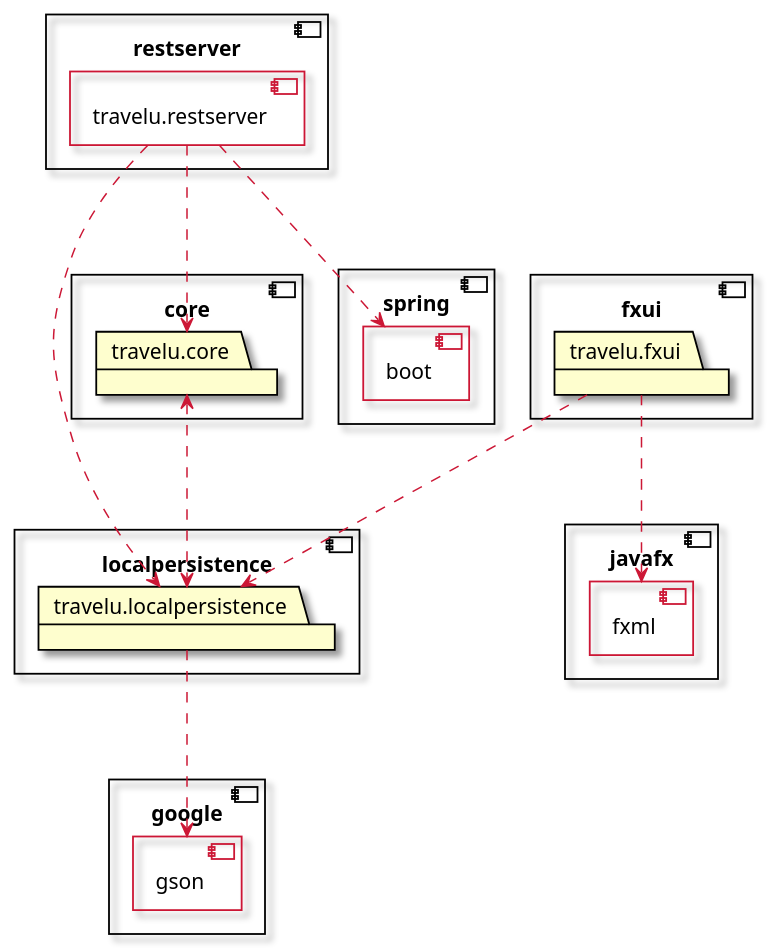
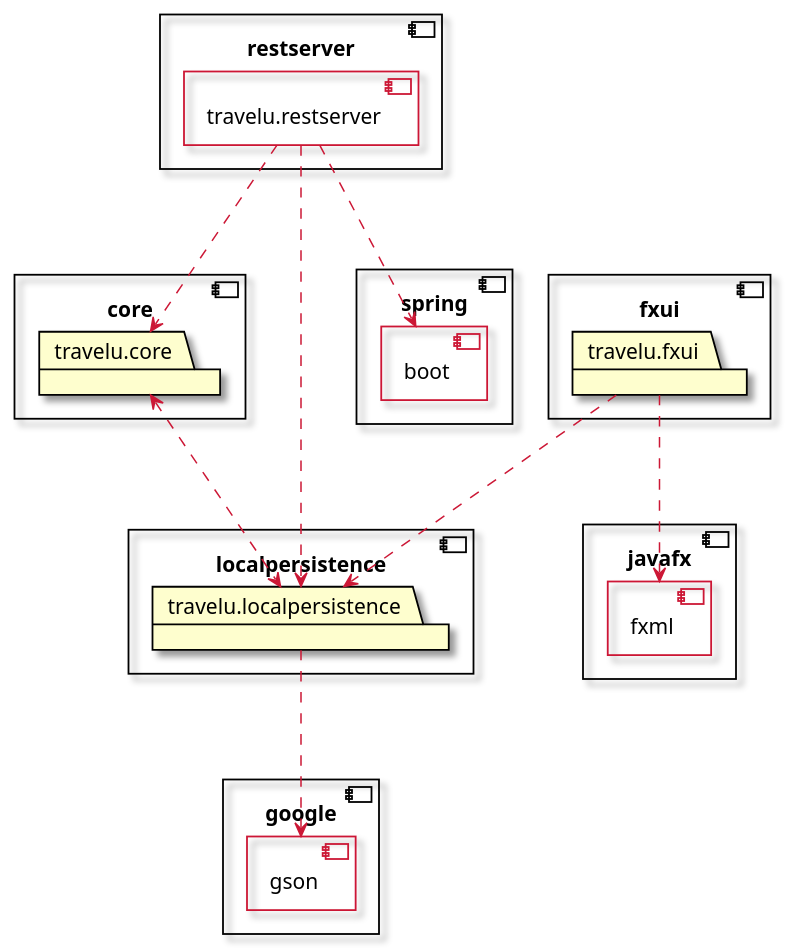
The diagram in docs/packageDiagram.plantuml (tbwiik/Travelu), drawn with PlantUML before and after one commit.

Commit message:
docs: remove duplicate of localpersistence

```diff
--- a/docs/packageDiagram.plantuml
+++ b/docs/packageDiagram.plantuml
@@ -1,61 +1,56 @@
 @startuml packageDiagram 
 skin rose
 
 component restserver {
   [travelu.restserver] <<inside>>
 }
 
 component fxui {
   package travelu.fxui {
-}
-}
-
-component localpersistence {
-  package travelu.localpersistence {
 }
 }
 
 component core {
   package travelu.core {
 }
 }
 
 component localpersistence {
   package travelu.localpersistence {
 }
 }
 
 component spring {
   [boot] <<inside>>
 }
 
 component javafx {
   [fxml] <<inside>>
 }
 
 component google {
   [gson] <<inside>>
 }
 
 skinparam Component {
   BackgroundColor transparent
   BorderColor black
   BorderColor<<inside>> #cc1836
 }
 
 skinparam ComponentBorderThickness 1.2
 skinparam PackageBorderThickness 1.2
 skinparam PackageBorderColor black
 skinparam ArrowColor #cc1836
 
 HIDE <<inside>> stereotype
 
 
 travelu.fxui ...> fxml
 travelu.fxui ...> travelu.localpersistence
 travelu.localpersistence ...> gson
 travelu.core <...> travelu.localpersistence
 travelu.restserver ...> travelu.core
 travelu.restserver ...> boot
 travelu.restserver ...> travelu.localpersistence
 @enduml
```
